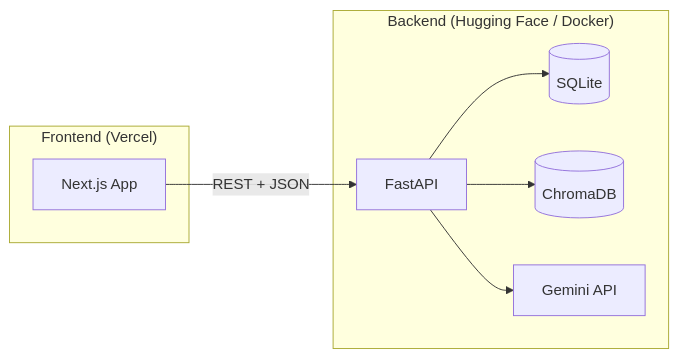
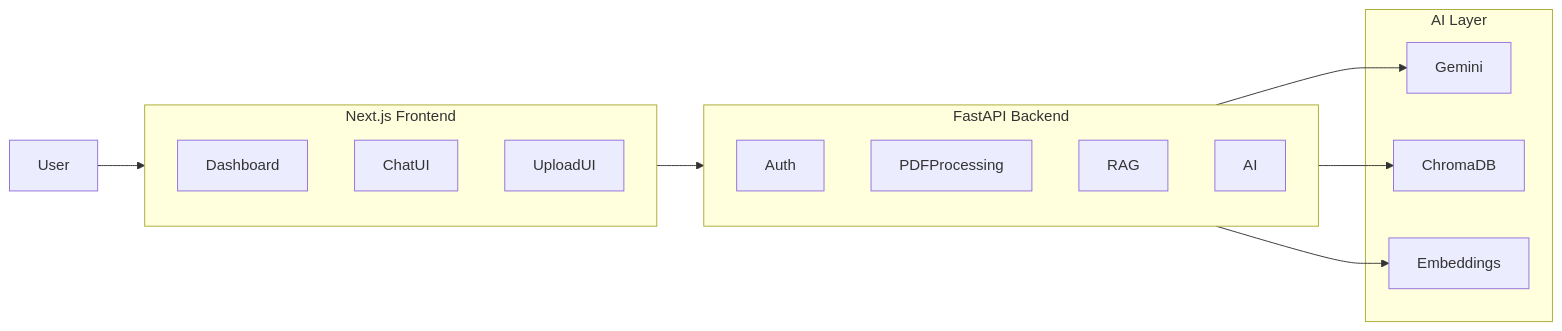
The diagram in README.md (Tarun218/LearnFlow-AI), drawn with Mermaid before and after one commit. The commit also changed other lines of this file, not shown here.

````diff
--- a/README.md
+++ b/README.md
@@ -28,18 +168,29 @@
 ```mermaid
 flowchart LR
-  subgraph Client["Frontend (Vercel)"]
-    UI[Next.js App]
+
+  User --> Frontend
+
+  subgraph Frontend["Next.js Frontend"]
+    Dashboard
+    ChatUI
+    UploadUI
   end
 
-  subgraph API["Backend (Hugging Face / Docker)"]
-    FA[FastAPI]
-    DB[(SQLite)]
-    CH[(ChromaDB)]
-    GEM[Gemini API]
+  subgraph Backend["FastAPI Backend"]
+    Auth
+    PDFProcessing
+    RAG
+    AI
   end
 
-  UI -->|REST + JSON| FA
-  FA --> DB
-  FA --> CH
-  FA --> GEM
+  subgraph AIStack["AI Layer"]
+    Gemini
+    ChromaDB
+    Embeddings
+  end
+
+  Frontend --> Backend
+  Backend --> Gemini
+  Backend --> ChromaDB
+  Backend --> Embeddings
 ```
````
